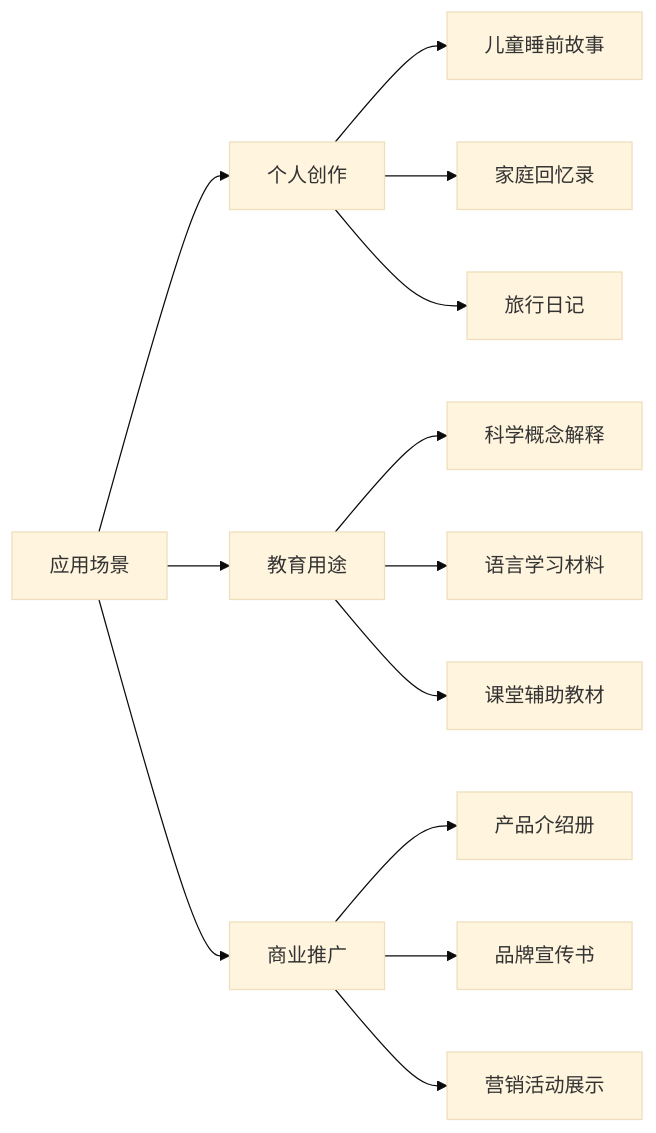
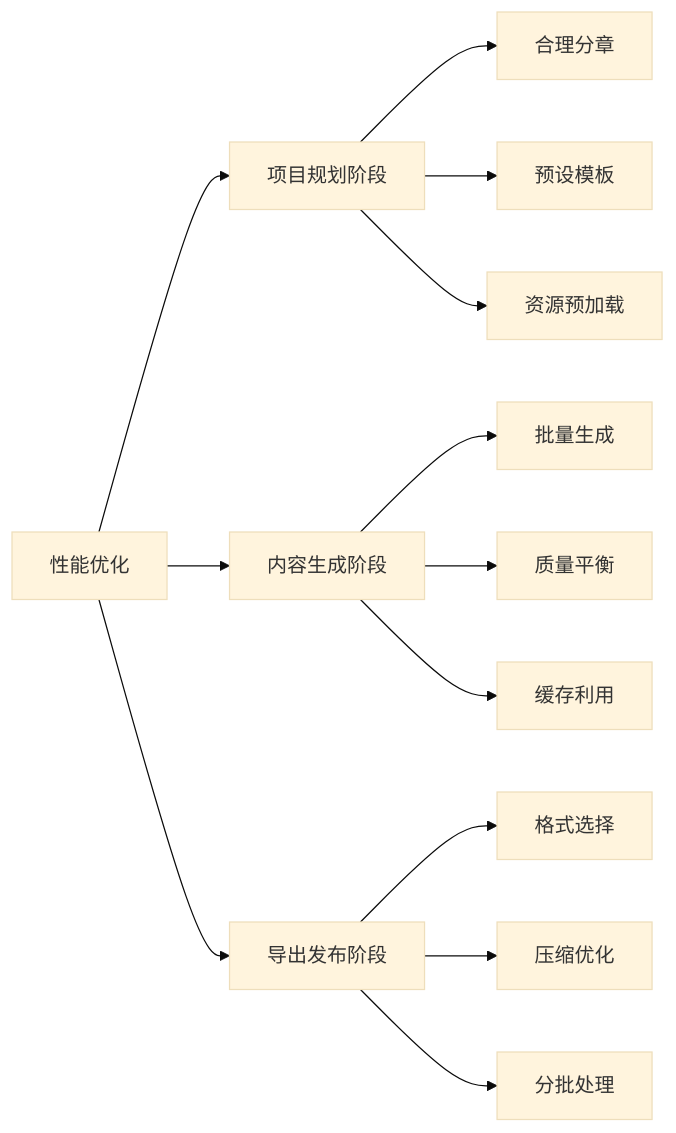
One commit to rubiklife/rubiklife.github.io changed diagram 16 of 22 in _posts/2025-08-22-gemini-storybook-guide.md. Above: the diagram before and after it, drawn with Mermaid (base theme). The commit also changed other lines of this file, not shown here.

````diff
--- a/_posts/2025-08-22-gemini-storybook-guide.md
+++ b/_posts/2025-08-22-gemini-storybook-guide.md
@@ -84,18 +371,18 @@
 ```mermaid
 graph LR
-    A[应用场景] --> B[个人创作]
-    A --> C[教育用途]
-    A --> D[商业推广]
+    A[性能优化] --> B[项目规划阶段]
+    A --> C[内容生成阶段]
+    A --> D[导出发布阶段]
     
-    B --> B1[儿童睡前故事]
-    B --> B2[家庭回忆录]
-    B --> B3[旅行日记]
+    B --> B1[合理分章]
+    B --> B2[预设模板]
+    B --> B3[资源预加载]
     
-    C --> C1[科学概念解释]
-    C --> C2[语言学习材料]
-    C --> C3[课堂辅助教材]
+    C --> C1[批量生成]
+    C --> C2[质量平衡]
+    C --> C3[缓存利用]
     
-    D --> D1[产品介绍册]
-    D --> D2[品牌宣传书]
-    D --> D3[营销活动展示]
+    D --> D1[格式选择]
+    D --> D2[压缩优化]
+    D --> D3[分批处理]
 ```
````
